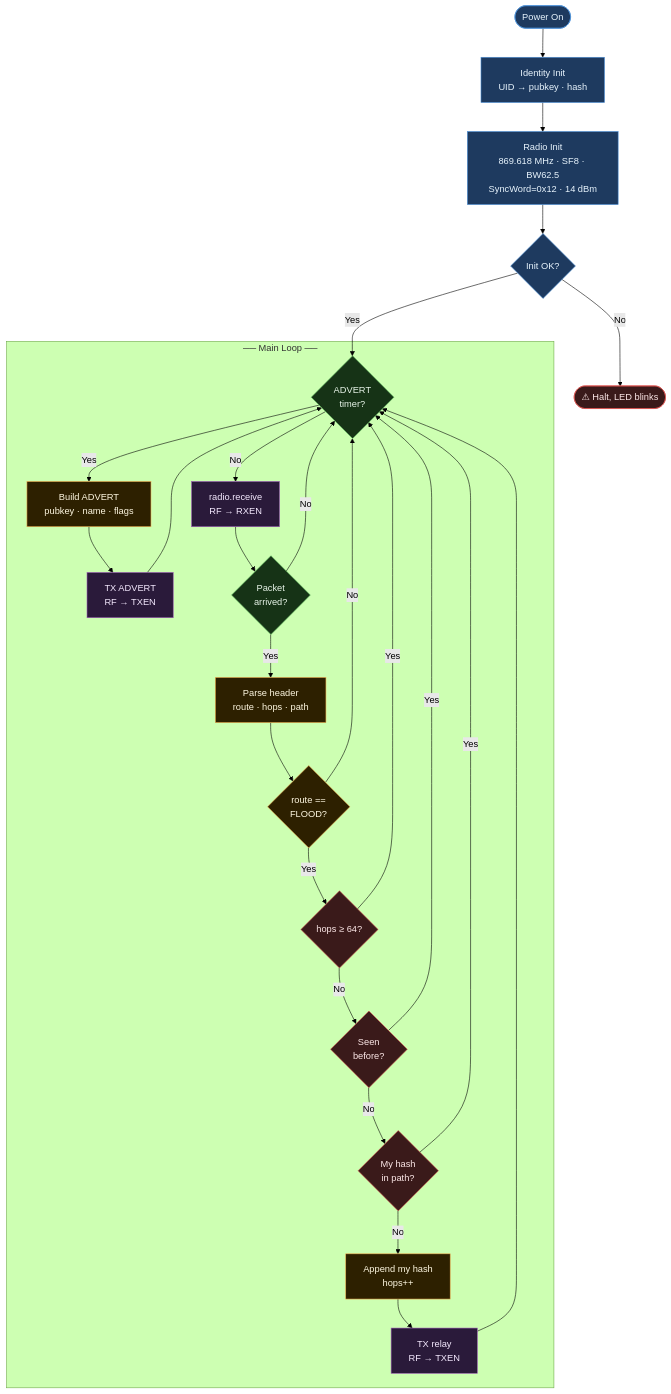
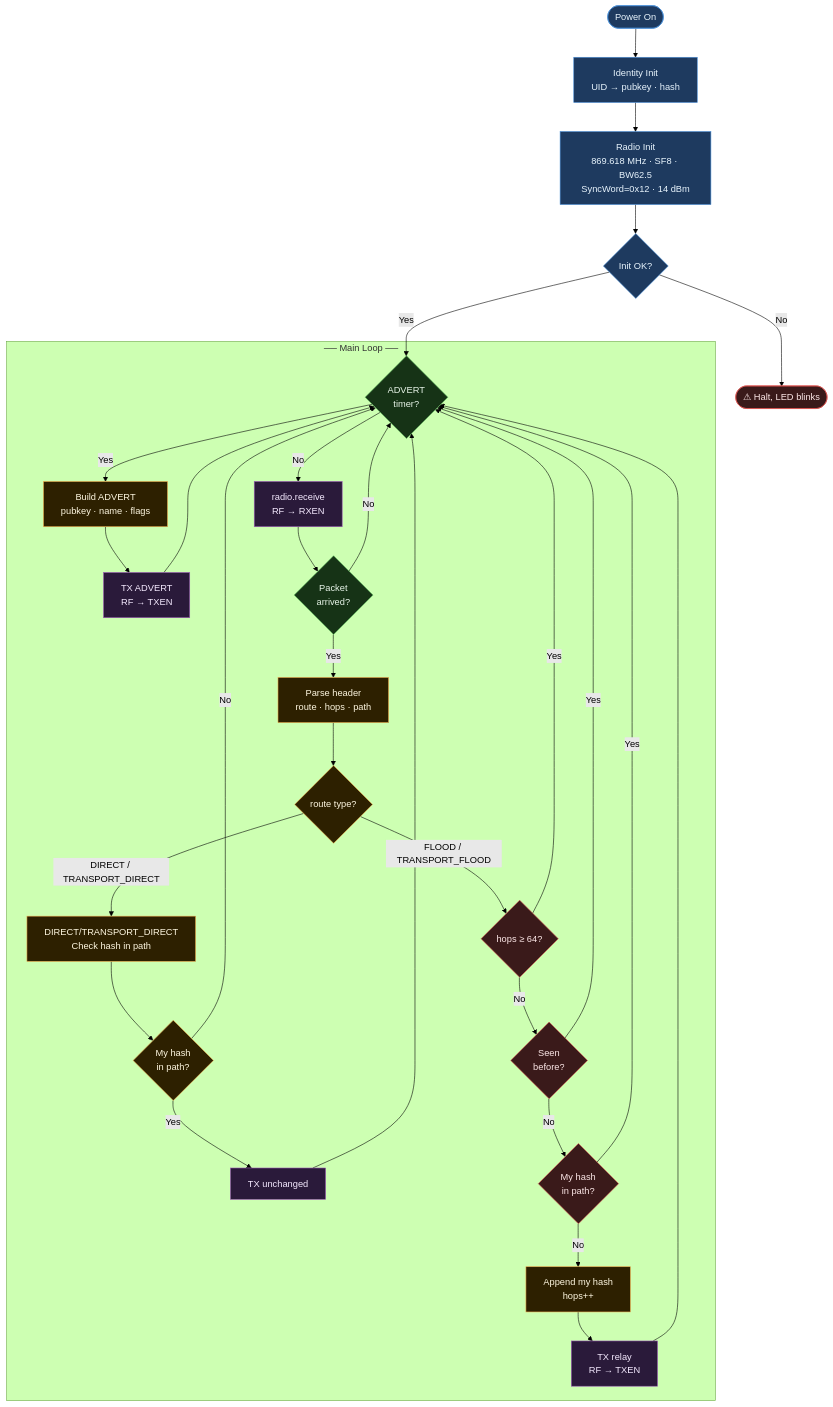
The third of 5 diagrams in README.md (MaliosDark/meshcore-specter-dx-lr30), drawn with Mermaid (forest theme) before and after one commit. The commit also changed other lines of this file and 6 other files, not shown here.

````diff
--- a/README.md
+++ b/README.md
@@ -88,45 +88,51 @@
 ```mermaid
 flowchart TD
     classDef init fill:#1e3a5f,stroke:#4a90d9,color:#e8f4fd
     classDef loop fill:#163316,stroke:#5cb85c,color:#e8f5e9
     classDef radio fill:#2a1a3a,stroke:#9b59b6,color:#f5eaff
     classDef proto fill:#2d2000,stroke:#f0ad4e,color:#fff8e1
     classDef drop fill:#3a1a1a,stroke:#d9534f,color:#fde8e8
 
     BOOT([Power On]):::init
     ID["Identity Init\nUID → pubkey · hash"]:::init
     RADIO["Radio Init\n869.618 MHz · SF8 · BW62.5\nSyncWord=0x12 · 14 dBm"]:::init
     OK{Init OK?}:::init
     HALT(["⚠ Halt, LED blinks"]):::drop
 
     subgraph MAIN["── Main Loop ──"]
         ADV{ADVERT\ntimer?}:::loop
         BUILD["Build ADVERT\npubkey · name · flags"]:::proto
         TX1["TX ADVERT\nRF → TXEN"]:::radio
         RX["radio.receive\nRF → RXEN"]:::radio
         PKT{Packet\narrived?}:::loop
         PARSE["Parse header\nroute · hops · path"]:::proto
-        FLOOD{route ==\nFLOOD?}:::proto
+        RTYPE{route type?}:::proto
+        DIRECT["DIRECT/TRANSPORT_DIRECT\nCheck hash in path"]:::proto
+        INHASH{My hash\nin path?}:::proto
+        RELAYD["TX unchanged"]:::radio
         HOP{hops ≥ 64?}:::drop
         DEDUP{Seen\nbefore?}:::drop
         OWN{My hash\nin path?}:::drop
         RELAY["Append my hash\nhops++"]:::proto
         TX2["TX relay\nRF → TXEN"]:::radio
     end
 
     BOOT --> ID --> RADIO --> OK
     OK -- No --> HALT
     OK -- Yes --> ADV
     ADV -- Yes --> BUILD --> TX1 --> ADV
     ADV -- No --> RX --> PKT
     PKT -- No --> ADV
-    PKT -- Yes --> PARSE --> FLOOD
-    FLOOD -- No --> ADV
-    FLOOD -- Yes --> HOP
+    PKT -- Yes --> PARSE --> RTYPE
+    RTYPE -- "FLOOD / TRANSPORT_FLOOD" --> HOP
+    RTYPE -- "DIRECT / TRANSPORT_DIRECT" --> DIRECT
+    DIRECT --> INHASH
+    INHASH -- No --> ADV
+    INHASH -- Yes --> RELAYD --> ADV
     HOP -- Yes --> ADV
     HOP -- No --> DEDUP
     DEDUP -- Yes --> ADV
     DEDUP -- No --> OWN
     OWN -- Yes --> ADV
     OWN -- No --> RELAY --> TX2 --> ADV
 ```
````
